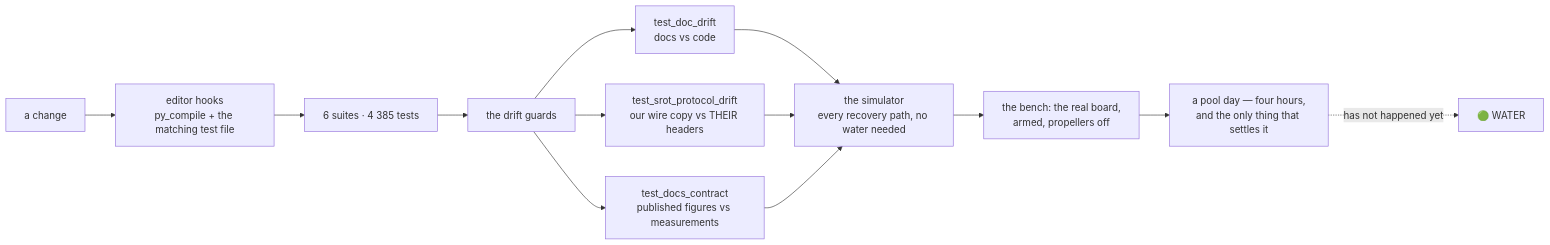
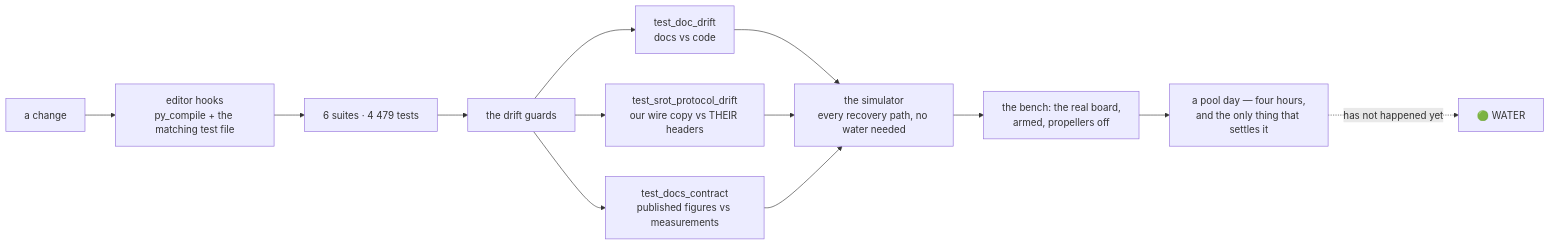
Before and after one commit to fh1m/mongla_ws: the ninth of 10 diagrams in README.md, drawn with Mermaid. The commit also changed other lines of this file and 65 other files, not shown here.

````diff
--- a/README.md
+++ b/README.md
@@ -752,15 +752,15 @@
 ```mermaid
 flowchart LR
     DEV["a change"] --> HOOK["editor hooks<br/>py_compile + the matching test file"]
-    HOOK --> UNIT["6 suites · 4 385 tests"]
+    HOOK --> UNIT["6 suites · 4 479 tests"]
     UNIT --> GUARD["the drift guards"]
     GUARD --> G1["test_doc_drift<br/>docs vs code"]
     GUARD --> G2["test_srot_protocol_drift<br/>our wire copy vs THEIR headers"]
     GUARD --> G3["test_docs_contract<br/>published figures vs measurements"]
     G1 --> SIM["the simulator<br/>every recovery path, no water needed"]
     G2 --> SIM
     G3 --> SIM
     SIM --> BENCH["the bench: the real board,<br/>armed, propellers off"]
     BENCH --> POOL["a pool day — four hours,<br/>and the only thing that settles it"]
     POOL -.->|"has not happened yet"| WATER["🟢 WATER"]
 ```
````
